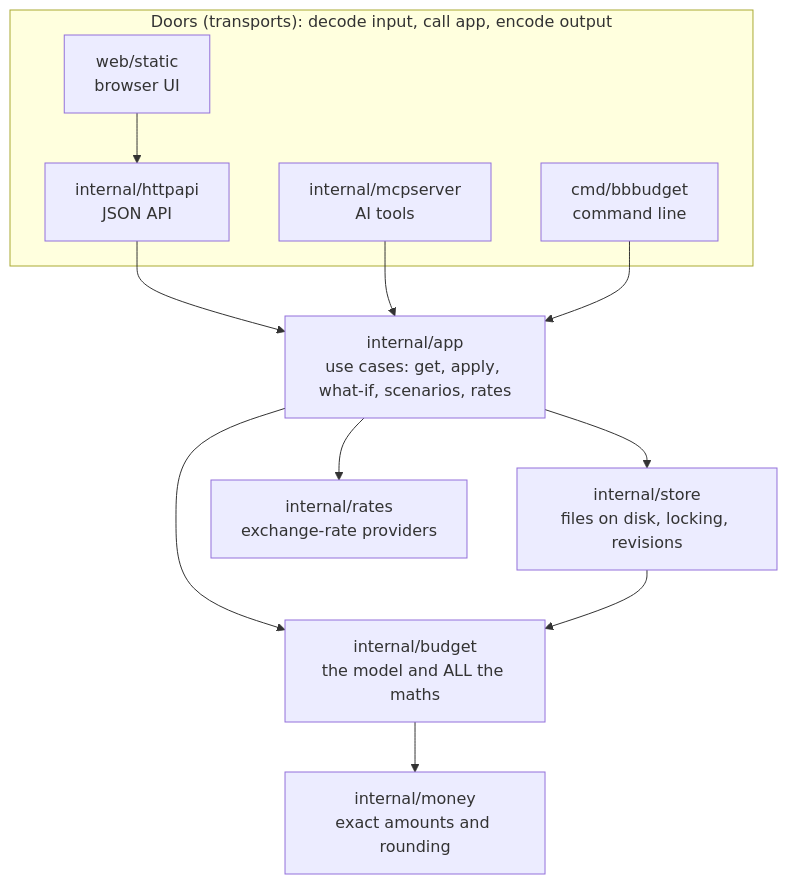
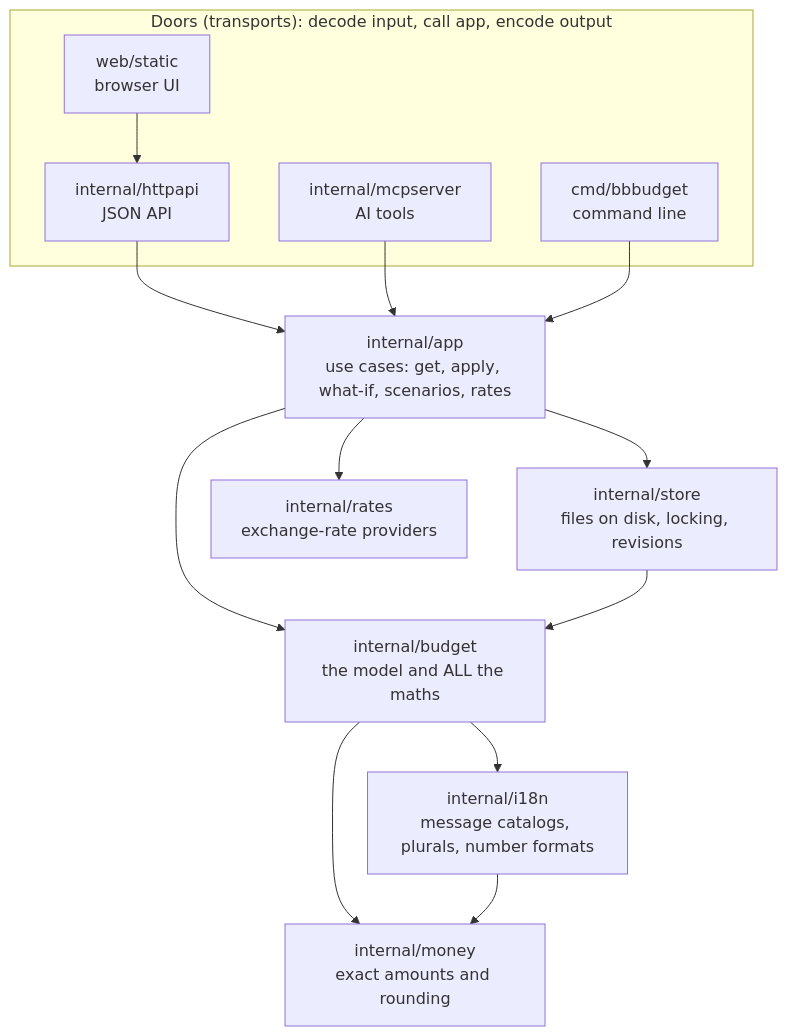
One commit to Ivanko1608/bbbudget changed the first of 3 diagrams in ARCHITECTURE.md. Above: the diagram before and after it, drawn with Mermaid. The commit also changed other lines of this file, not shown here.

Commit message:
ARCHITECTURE.md: add the i18n package to the layers and the package tour

````diff
--- a/ARCHITECTURE.md
+++ b/ARCHITECTURE.md
@@ -18,17 +18,19 @@
 ```mermaid
 flowchart TB
     subgraph doors["Doors (transports): decode input, call app, encode output"]
         UI["web/static<br/>browser UI"] --> HTTP["internal/httpapi<br/>JSON API"]
         MCP["internal/mcpserver<br/>AI tools"]
         CLI["cmd/bbbudget<br/>command line"]
     end
     HTTP --> APP
     MCP --> APP
     CLI --> APP
     APP["internal/app<br/>use cases: get, apply, what-if, scenarios, rates"]
     APP --> STORE["internal/store<br/>files on disk, locking, revisions"]
     APP --> BUDGET
     APP --> RATES["internal/rates<br/>exchange-rate providers"]
     STORE --> BUDGET["internal/budget<br/>the model and ALL the maths"]
+    BUDGET --> I18N["internal/i18n<br/>message catalogs, plurals, number formats"]
     BUDGET --> MONEY["internal/money<br/>exact amounts and rounding"]
+    I18N --> MONEY
 ```
````
